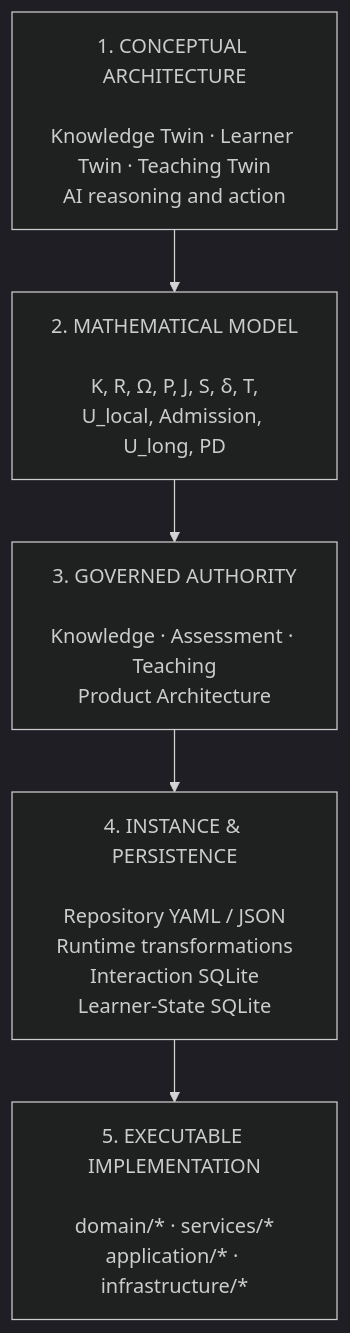
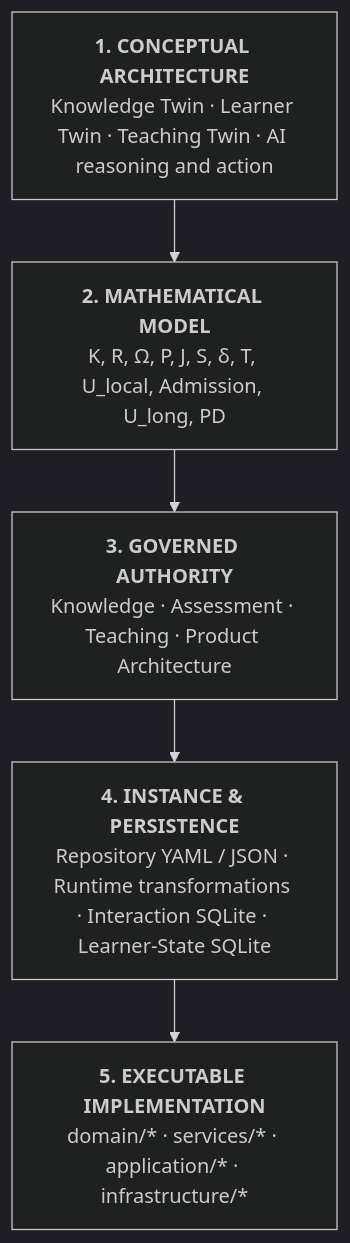
Before and after one commit to thatao72/three-twin-docs: the sixth of 6 diagrams in content/architecture.md, drawn with Mermaid (dark theme). The commit also changed other lines of this file, not shown here.

Commit message:
Improve Section 8 traceability diagram readability

````diff
--- a/content/architecture.md
+++ b/content/architecture.md
@@ -372,18 +348,18 @@
 ```mermaid
 flowchart TB
 
-    C["1. CONCEPTUAL ARCHITECTURE<br/><br/>Knowledge Twin · Learner Twin · Teaching Twin<br/>AI reasoning and action"]
+    C["<b>1. CONCEPTUAL ARCHITECTURE</b><br/>Knowledge Twin · Learner Twin · Teaching Twin · AI reasoning and action"]
 
-    M["2. MATHEMATICAL MODEL<br/><br/>K, R, Ω, P, J, S, δ, T,<br/>U_local, Admission, U_long, PD"]
+    M["<b>2. MATHEMATICAL MODEL</b><br/>K, R, Ω, P, J, S, δ, T, U_local, Admission, U_long, PD"]
 
-    A["3. GOVERNED AUTHORITY<br/><br/>Knowledge · Assessment · Teaching<br/>Product Architecture"]
+    A["<b>3. GOVERNED AUTHORITY</b><br/>Knowledge · Assessment · Teaching · Product Architecture"]
 
-    I["4. INSTANCE & PERSISTENCE<br/><br/>Repository YAML / JSON<br/>Runtime transformations<br/>Interaction SQLite<br/>Learner-State SQLite"]
+    I["<b>4. INSTANCE & PERSISTENCE</b><br/>Repository YAML / JSON · Runtime transformations · Interaction SQLite · Learner-State SQLite"]
 
-    X["5. EXECUTABLE IMPLEMENTATION<br/><br/>domain/* · services/*<br/>application/* · infrastructure/*"]
+    X["<b>5. EXECUTABLE IMPLEMENTATION</b><br/>domain/* · services/* · application/* · infrastructure/*"]
 
     C --> M
     M --> A
     A --> I
     I --> X
 ```
````
